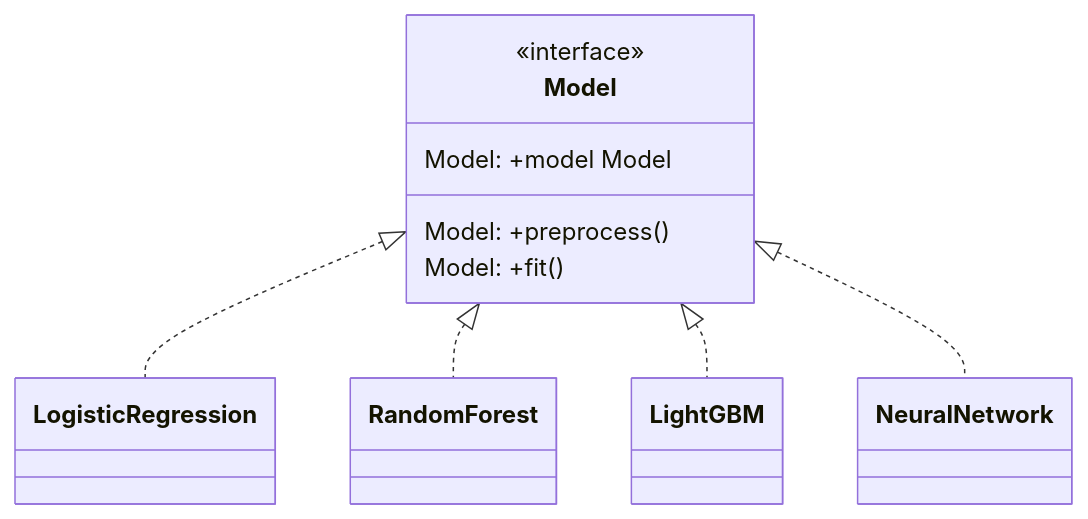
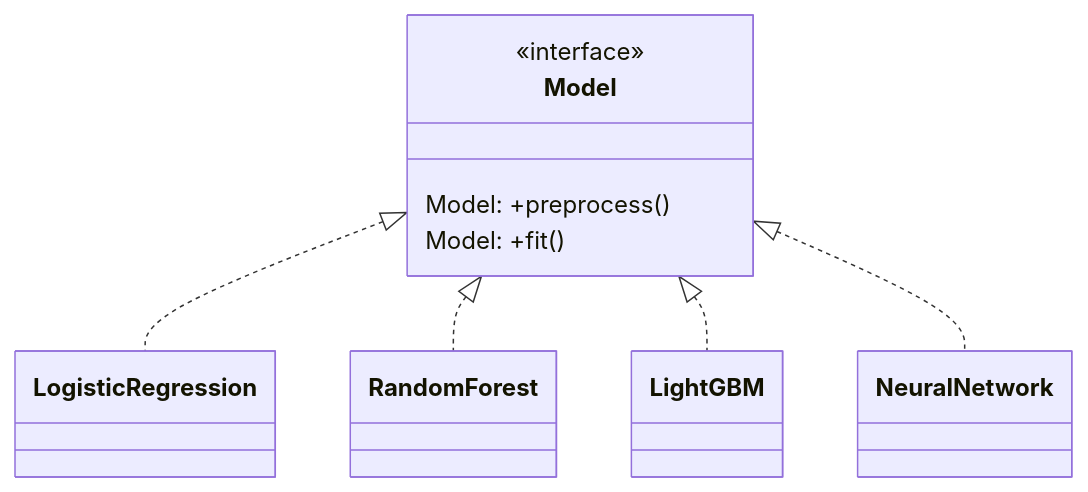
Before and after one commit to UribeAlejandro/DesignPatterns-MLFlow-for-ExperimentTracking: the first of 7 diagrams in README.md, drawn with Mermaid. The commit also changed other lines of this file, not shown here.

````diff
--- a/README.md
+++ b/README.md
@@ -51,13 +51,12 @@
 ```mermaid
 classDiagram-v2
       class Model{
         <<interface>>
-        Model: +model Model
         Model: +preprocess()
         Model: +fit()
       }
       Model <|.. LogisticRegression
       Model <|.. RandomForest
       Model <|.. LightGBM
       Model <|.. NeuralNetwork
 ```
````
